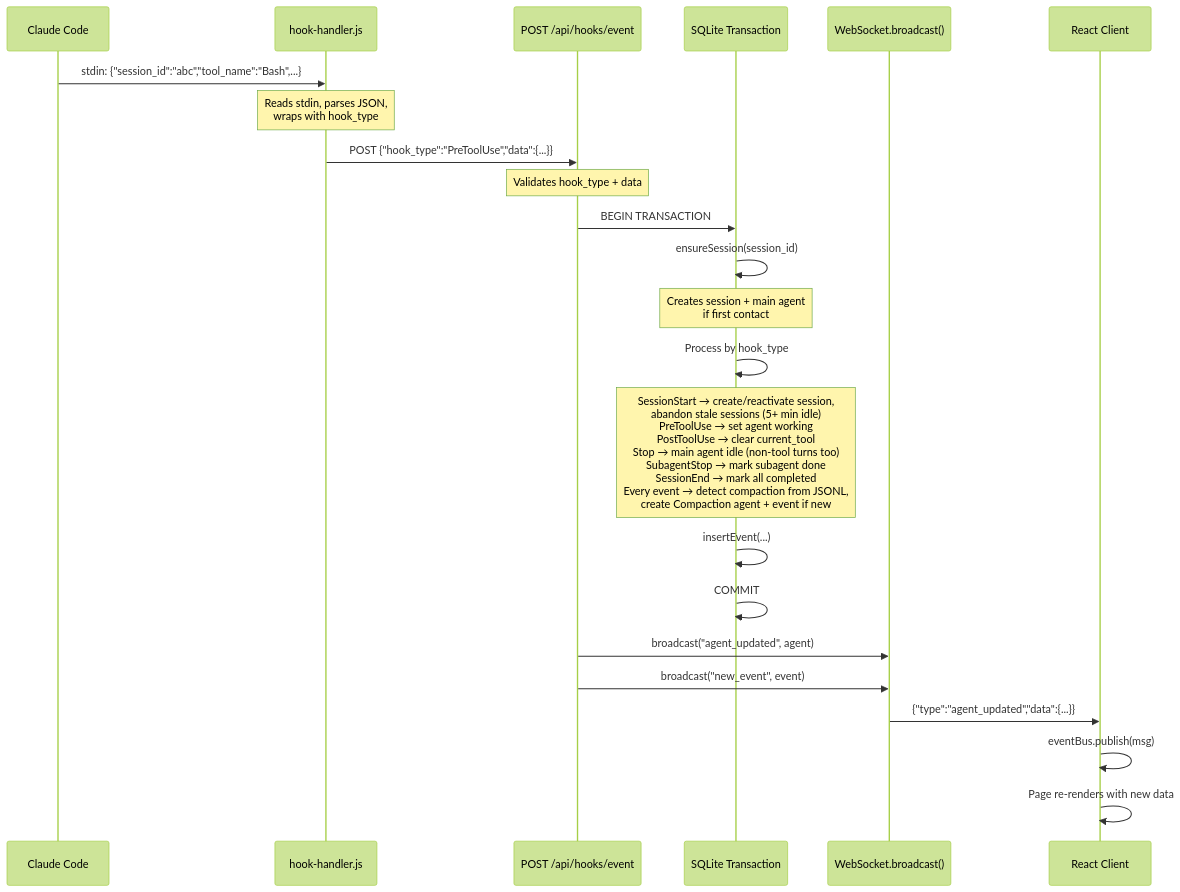
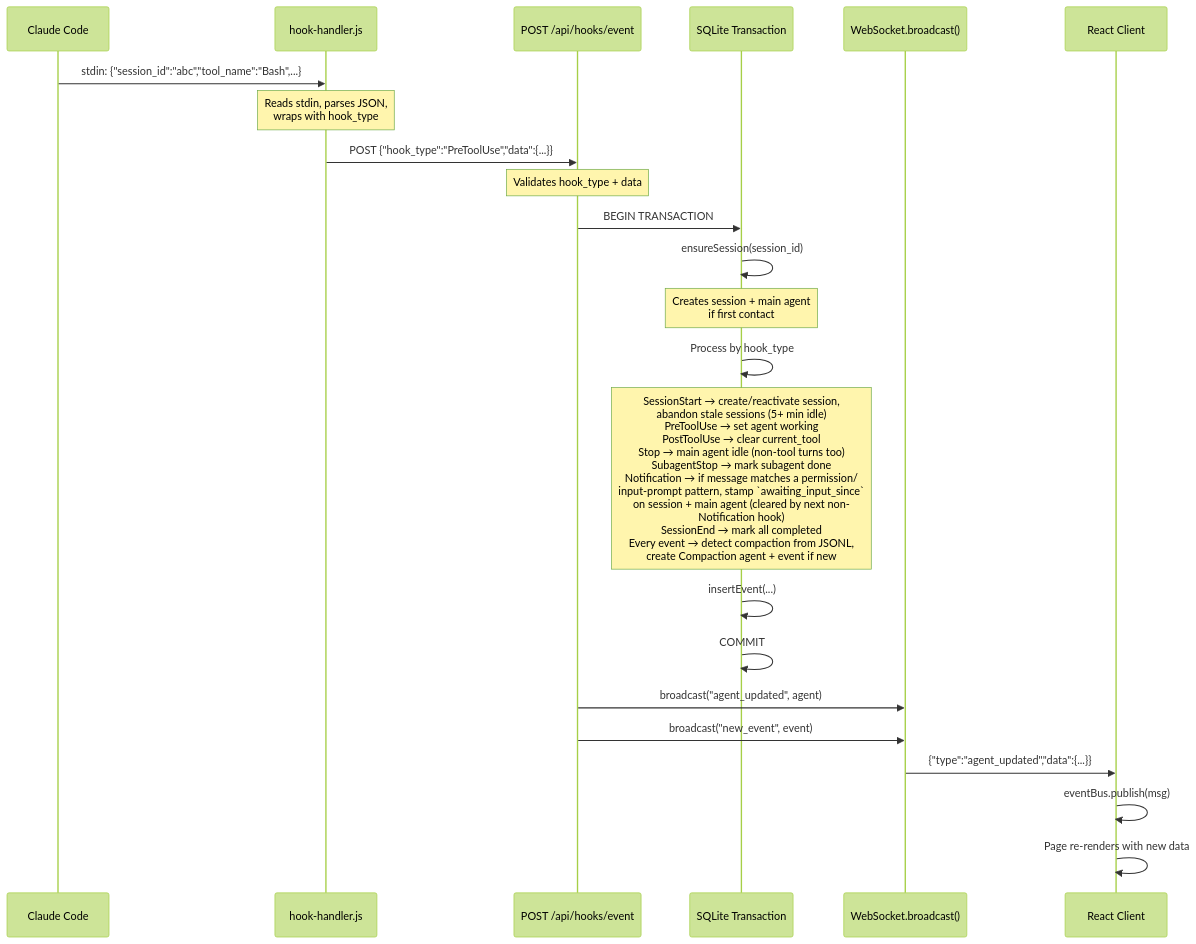
The third of 38 diagrams in ARCHITECTURE.md (StrainReviews/Claude-Code-Agent-Monitor), drawn with Mermaid (forest theme) before and after one commit. The commit also changed other lines of this file and 20 other files, not shown here.

````diff
--- a/ARCHITECTURE.md
+++ b/ARCHITECTURE.md
@@ -198,32 +198,32 @@
 ```mermaid
 sequenceDiagram
     participant CC as Claude Code
     participant HH as hook-handler.js
     participant API as POST /api/hooks/event
     participant TX as SQLite Transaction
     participant WS as WebSocket.broadcast()
     participant UI as React Client
 
     CC->>HH: stdin: {"session_id":"abc","tool_name":"Bash",...}
     Note over HH: Reads stdin, parses JSON,<br/>wraps with hook_type
 
     HH->>API: POST {"hook_type":"PreToolUse","data":{...}}
     Note over API: Validates hook_type + data
 
     API->>TX: BEGIN TRANSACTION
     TX->>TX: ensureSession(session_id)
     Note over TX: Creates session + main agent<br/>if first contact
 
     TX->>TX: Process by hook_type
-    Note over TX: SessionStart → create/reactivate session,<br/>abandon stale sessions (5+ min idle)<br/>PreToolUse → set agent working<br/>PostToolUse → clear current_tool<br/>Stop → main agent idle (non-tool turns too)<br/>SubagentStop → mark subagent done<br/>SessionEnd → mark all completed<br/>Every event → detect compaction from JSONL,<br/>create Compaction agent + event if new
+    Note over TX: SessionStart → create/reactivate session,<br/>abandon stale sessions (5+ min idle)<br/>PreToolUse → set agent working<br/>PostToolUse → clear current_tool<br/>Stop → main agent idle (non-tool turns too)<br/>SubagentStop → mark subagent done<br/>Notification → if message matches a permission/<br/>input-prompt pattern, stamp `awaiting_input_since`<br/>on session + main agent (cleared by next non-<br/>Notification hook)<br/>SessionEnd → mark all completed<br/>Every event → detect compaction from JSONL,<br/>create Compaction agent + event if new
 
     TX->>TX: insertEvent(...)
     TX->>TX: COMMIT
 
     API->>WS: broadcast("agent_updated", agent)
     API->>WS: broadcast("new_event", event)
 
     WS->>UI: {"type":"agent_updated","data":{...}}
     UI->>UI: eventBus.publish(msg)
     UI->>UI: Page re-renders with new data
 ```
````
